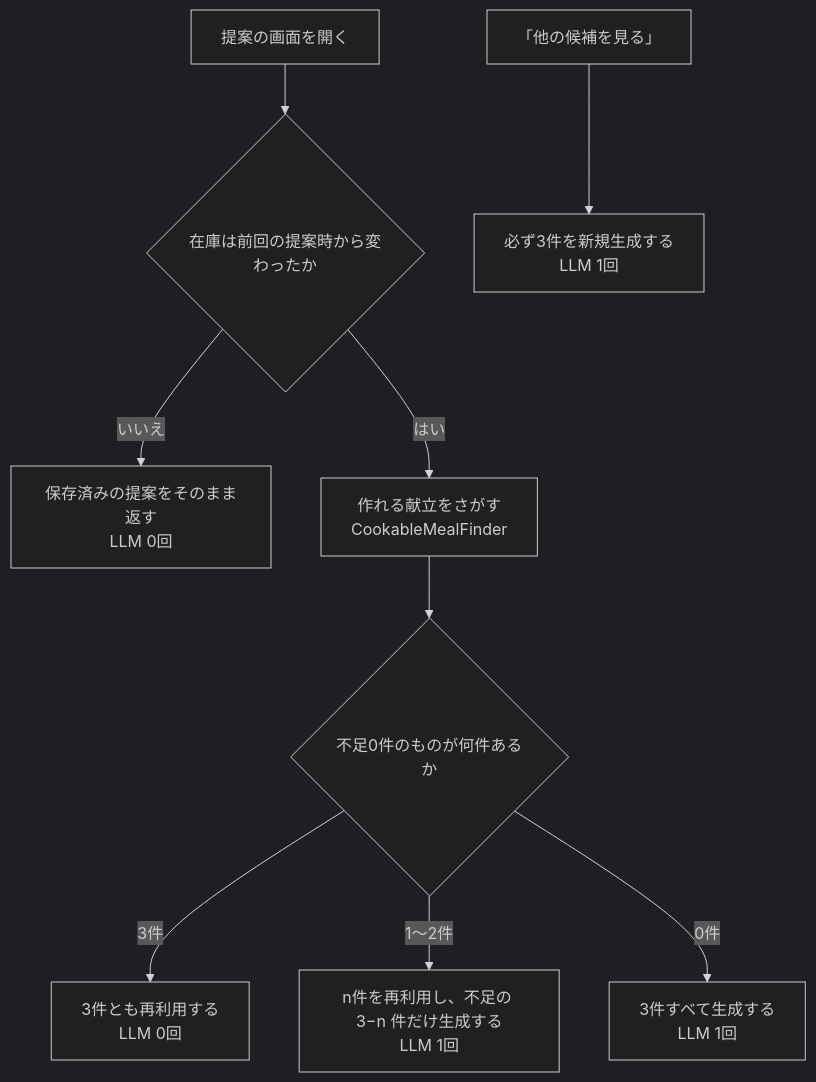
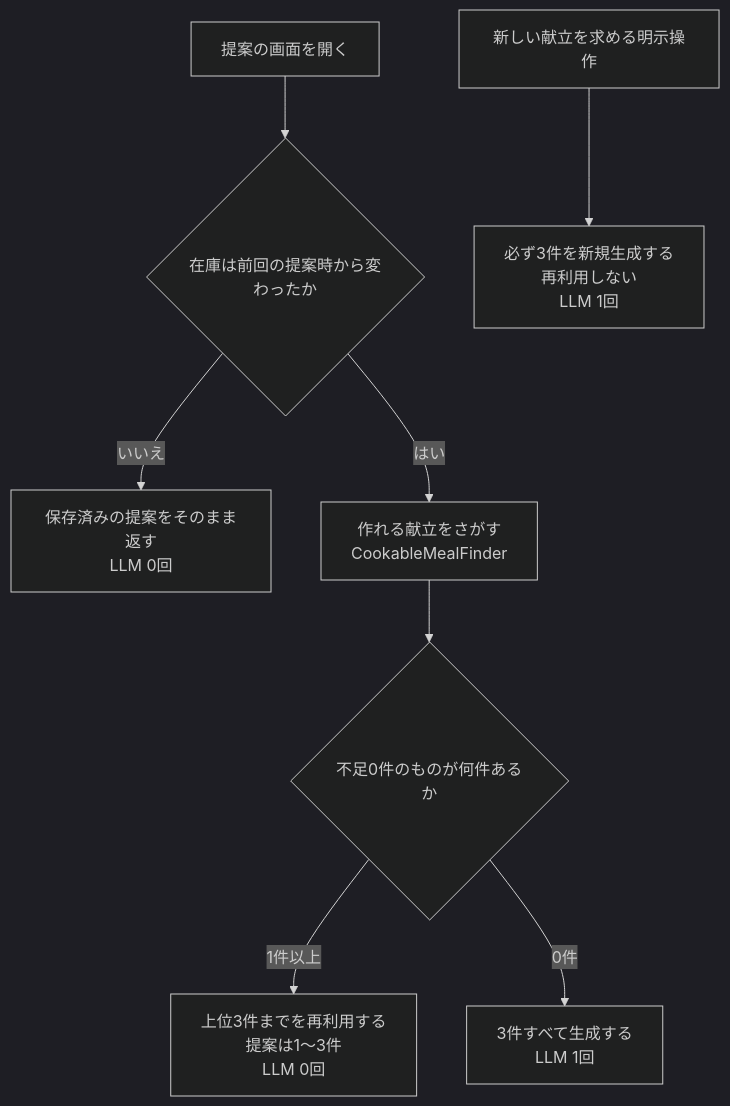
One commit to tkdev106/fridge-to-meal changed the third of 3 diagrams in docs/domain-model.md. Above: the diagram before and after it, drawn with Mermaid (dark theme). The commit also changed other lines of this file and 3 other files, not shown here.

````diff
--- a/docs/domain-model.md
+++ b/docs/domain-model.md
@@ -136,11 +139,10 @@
 ```mermaid
 flowchart TD
   A[提案の画面を開く] --> B{在庫は前回の提案時から変わったか}
   B -->|いいえ| C["保存済みの提案をそのまま返す<br/>LLM 0回"]
   B -->|はい| D[作れる献立をさがす<br/>CookableMealFinder]
   D --> E{不足0件のものが何件あるか}
-  E -->|3件| F["3件とも再利用する<br/>LLM 0回"]
-  E -->|1〜2件| G["n件を再利用し、不足の 3−n 件だけ生成する<br/>LLM 1回"]
+  E -->|1件以上| F["上位3件までを再利用する<br/>提案は1〜3件<br/>LLM 0回"]
   E -->|0件| H["3件すべて生成する<br/>LLM 1回"]
-  I["「他の候補を見る」"] --> J["必ず3件を新規生成する<br/>LLM 1回"]
+  I["新しい献立を求める明示操作"] --> J["必ず3件を新規生成する<br/>再利用しない<br/>LLM 1回"]
 ```
````
